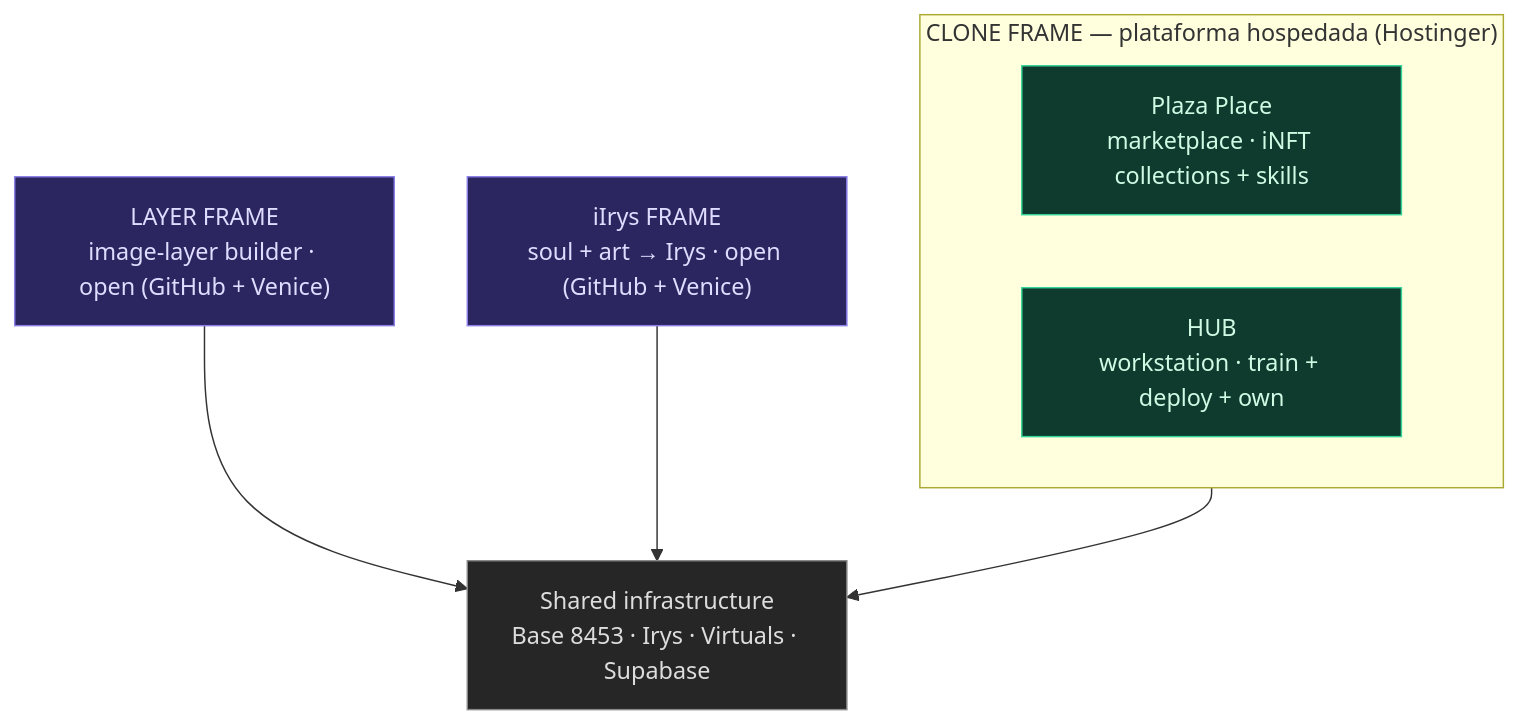
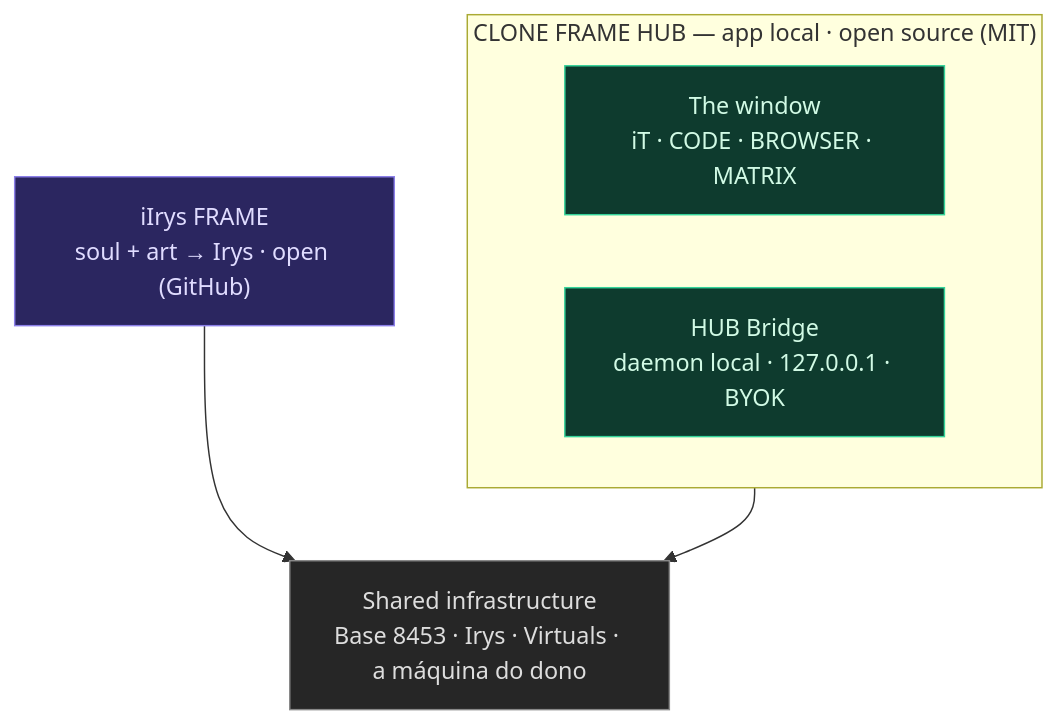
Before and after one commit to devclone20/clone-frame: the first of 2 diagrams in docs/ARCHITECTURE.md, drawn with Mermaid. The commit also changed other lines of this file and 9 other files, not shown here.

````diff
--- a/docs/ARCHITECTURE.md
+++ b/docs/ARCHITECTURE.md
@@ -7,17 +7,15 @@
 ```mermaid
 flowchart TB
-  subgraph CF["CLONE FRAME — plataforma hospedada (Hostinger)"]
+  subgraph CF["CLONE FRAME HUB — app local · open source (MIT)"]
     direction LR
-    PP["Plaza Place<br/>marketplace · iNFT collections + skills"]:::hosted
-    HUB["HUB<br/>workstation · train + deploy + own"]:::hosted
+    WIN["The window<br/>iT · CODE · BROWSER · MATRIX"]:::hosted
+    BR["HUB Bridge<br/>daemon local · 127.0.0.1 · BYOK"]:::hosted
   end
-  LF["LAYER FRAME<br/>image-layer builder · open (GitHub + Venice)"]:::open
-  IF["iIrys FRAME<br/>soul + art → Irys · open (GitHub + Venice)"]:::open
-  INFRA["Shared infrastructure<br/>Base 8453 · Irys · Virtuals · Supabase"]:::ext
+  IF["iIrys FRAME<br/>soul + art → Irys · open (GitHub)"]:::open
+  INFRA["Shared infrastructure<br/>Base 8453 · Irys · Virtuals · a máquina do dono"]:::ext
   CF --> INFRA
-  LF --> INFRA
   IF --> INFRA
   classDef hosted fill:#0e3b2e,stroke:#34d399,color:#d1fae5;
   classDef open fill:#2b2660,stroke:#8b7fe8,color:#e0dcff;
   classDef ext fill:#262626,stroke:#888888,color:#dddddd;
 ```
````
